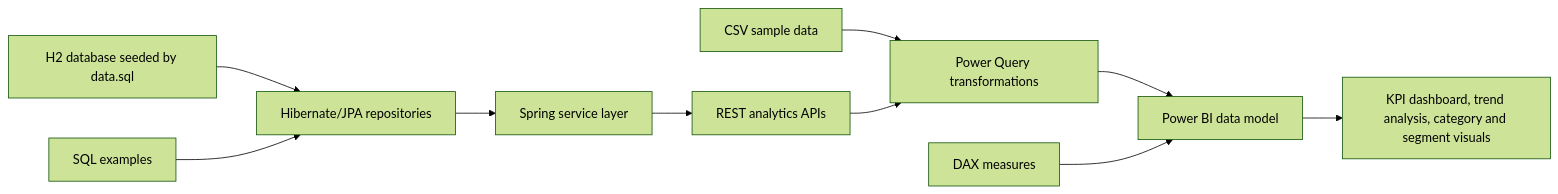
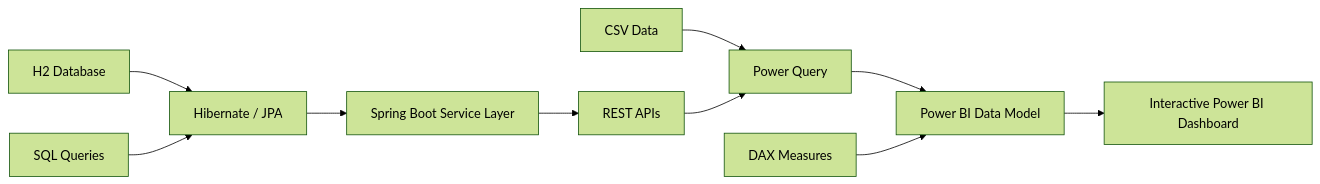
One commit to sr2498/PowerBI-sales-analytics-dashboard changed the diagram in README.md. Above: the diagram before and after it, drawn with Mermaid (forest theme). The commit also changed other lines of this file, not shown here.

First line of the commit message:
Revise architecture flowchart and quick start section

````diff
--- a/README.md
+++ b/README.md
@@ -52,12 +52,15 @@
 ```mermaid
 flowchart LR
-    CSV["CSV sample data"] --> PQ["Power Query transformations"]
-    H2["H2 database seeded by data.sql"] --> JPA["Hibernate/JPA repositories"]
-    SQL["SQL examples"] --> JPA
-    JPA --> Service["Spring service layer"]
-    Service --> REST["REST analytics APIs"]
-    REST --> PQ
-    PQ --> Model["Power BI data model"]
-    DAX["DAX measures"] --> Model
-    Model --> Report["KPI dashboard, trend analysis, category and segment visuals"]
+    CSV["CSV Data"] --> PQ["Power Query"]
+    DB["H2 Database"] --> JPA["Hibernate / JPA"]
+    SQL["SQL Queries"] --> JPA
+
+    JPA --> SERVICE["Spring Boot Service Layer"]
+    SERVICE --> API["REST APIs"]
+
+    API --> PQ
+    PQ --> MODEL["Power BI Data Model"]
+    DAX["DAX Measures"] --> MODEL
+
+    MODEL --> DASH["Interactive Power BI Dashboard"]
 ```
````
